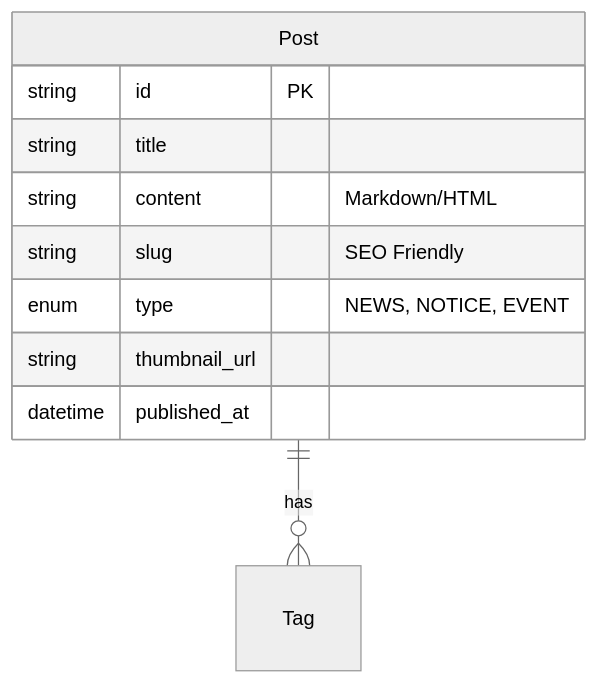
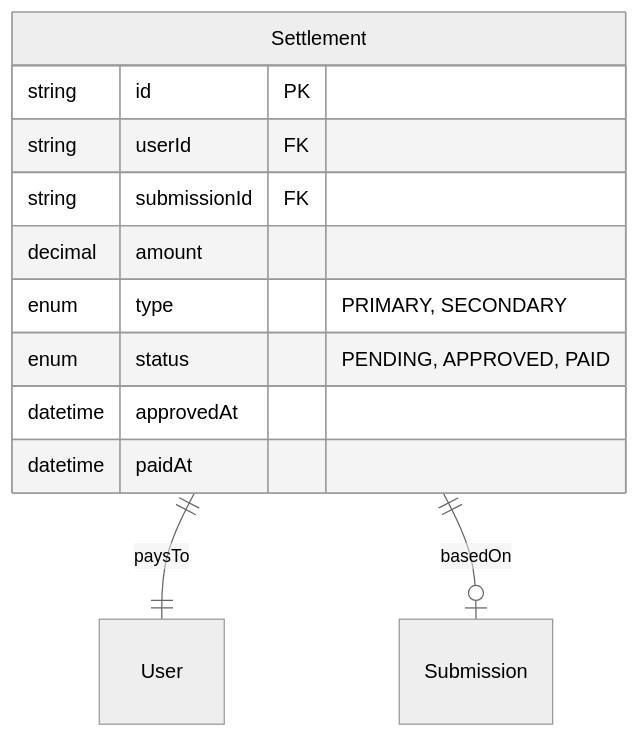
The fourth of 4 diagrams in docs/02-architecture/DATABASE_SCHEMA.md (hamkkebom/Ask-the-Stars), drawn with Mermaid (neutral theme) before and after one commit. The commit also changed other lines of this file and 422 other files, not shown here.

````diff
--- a/docs/02-architecture/DATABASE_SCHEMA.md
+++ b/docs/02-architecture/DATABASE_SCHEMA.md
@@ -68,13 +117,16 @@
 ```mermaid
 erDiagram
-    Post ||--o{ Tag : has
-    Post {
+    Settlement ||--|| User : paysTo
+    Settlement ||--o| Submission : basedOn
+
+    Settlement {
         string id PK
-        string title
-        string content "Markdown/HTML"
-        string slug "SEO Friendly"
-        enum type "NEWS, NOTICE, EVENT"
-        string thumbnail_url
-        datetime published_at
+        string userId FK
+        string submissionId FK
+        decimal amount
+        enum type "PRIMARY, SECONDARY"
+        enum status "PENDING, APPROVED, PAID"
+        datetime approvedAt
+        datetime paidAt
     }
 ```
````
